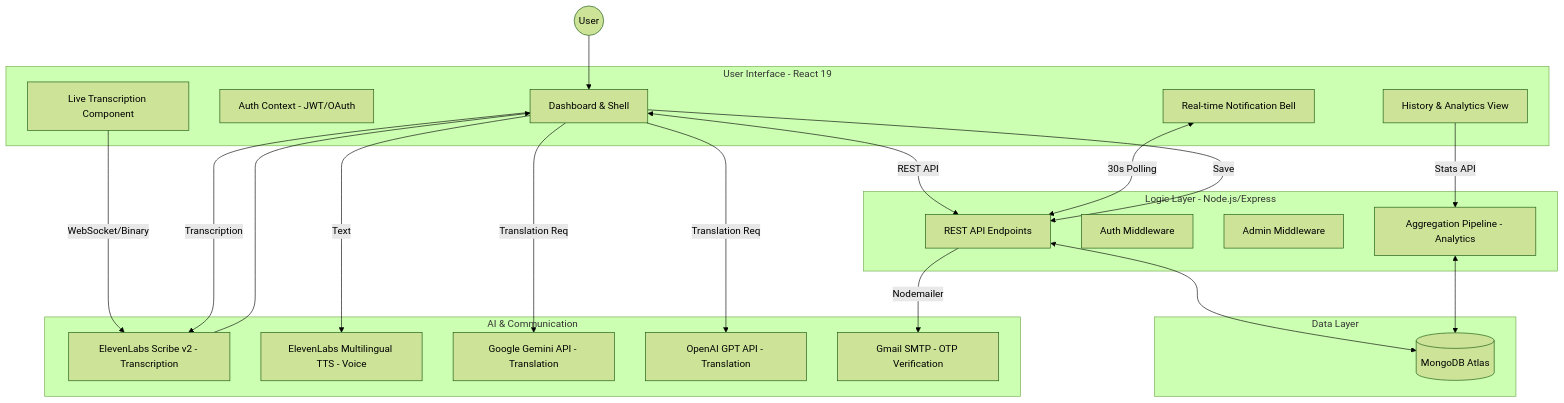
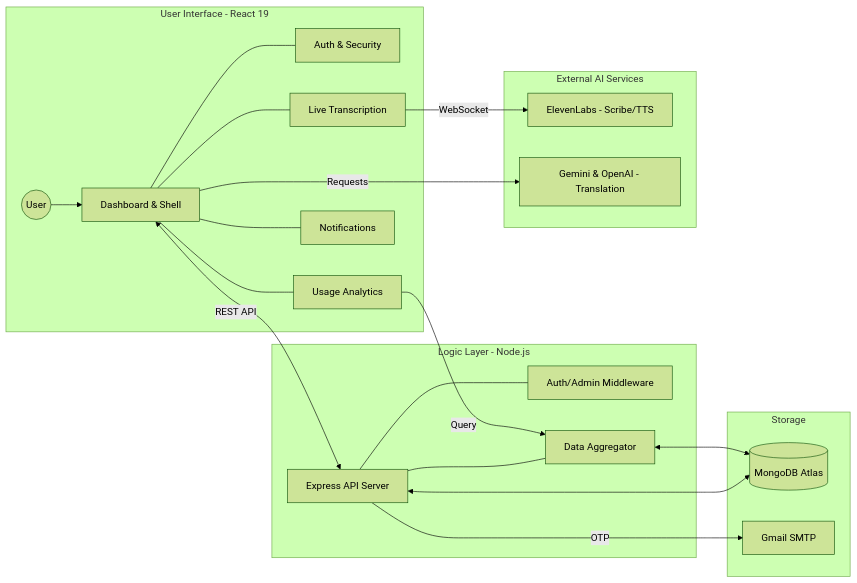
Before and after one commit to Muler8905/polyglotScribe: the diagram in README.md, drawn with Mermaid (forest theme).

Commit message:
docs: optimize system architecture diagram for horizontal display

````diff
--- a/README.md
+++ b/README.md
@@ -117,47 +117,35 @@
 ```mermaid
-graph TD
+graph LR
     subgraph Client [User Interface - React 19]
-        FE[Dashboard & Shell]
-        Auth[Auth Context - JWT/OAuth]
-        Live[Live Transcription Component]
-        History[History & Analytics View]
-        Notify[Real-time Notification Bell]
+        User((User)) --> FE[Dashboard & Shell]
+        FE --- Auth[Auth & Security]
+        FE --- Live[Live Transcription]
+        FE --- Stats[Usage Analytics]
+        FE --- Notify[Notifications]
     end
 
-    subgraph External [AI & Communication]
-        EL_Scribe[ElevenLabs Scribe v2 - Transcription]
-        EL_TTS[ElevenLabs Multilingual TTS - Voice]
-        Gemini[Google Gemini API - Translation]
-        OpenAI[OpenAI GPT API - Translation]
-        Gmail[Gmail SMTP - OTP Verification]
+    subgraph Backend [Logic Layer - Node.js]
+        API[Express API Server]
+        API --- Mid[Auth/Admin Middleware]
+        API --- Agg[Data Aggregator]
     end
 
-    subgraph Backend [Logic Layer - Node.js/Express]
-        API[REST API Endpoints]
-        M_Auth[Auth Middleware]
-        M_Admin[Admin Middleware]
-        Agg[Aggregation Pipeline - Analytics]
+    subgraph AI [External AI Services]
+        EL[ElevenLabs - Scribe/TTS]
+        Trans[Gemini & OpenAI - Translation]
     end
 
-    subgraph Storage [Data Layer]
+    subgraph Data [Storage]
         DB[(MongoDB Atlas)]
+        Mail[Gmail SMTP]
     end
 
-    %% Connections
+    %% Key Interactions
     FE <-->|REST API| API
-    Notify <-->|30s Polling| API
-    Live -->|WebSocket/Binary| EL_Scribe
-    FE -->|Text| EL_TTS
-    FE -->|Translation Req| Gemini
-    FE -->|Translation Req| OpenAI
+    Live -->|WebSocket| EL
+    FE -->|Requests| Trans
     API <--> DB
-    API -->|Nodemailer| Gmail
-    History -->|Stats API| Agg
+    API -->|OTP| Mail
+    Stats -->|Query| Agg
     Agg <--> DB
-
-    %% Data Flow
-    User((User)) --> FE
-    FE -->|Transcription| EL_Scribe
-    EL_Scribe --> FE
-    FE -->|Save| API
 ```
````
